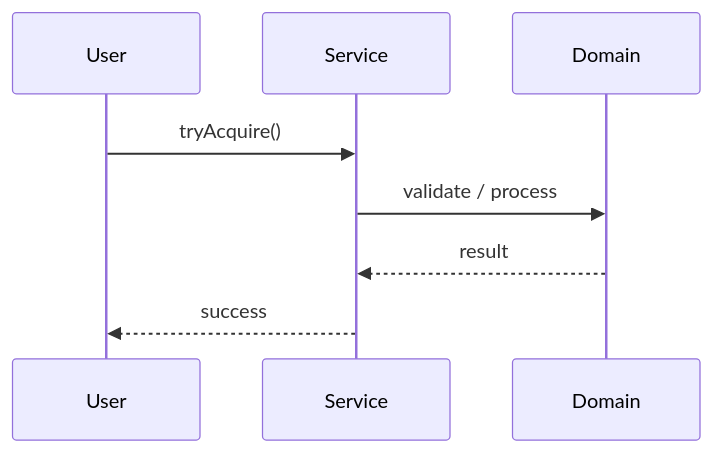
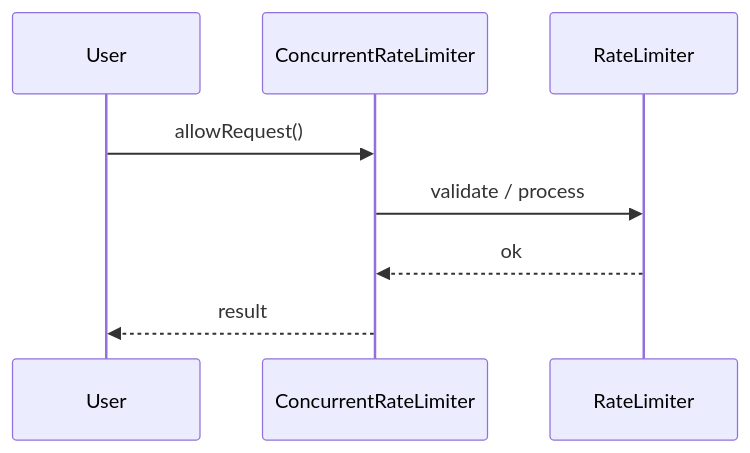
The second of 3 diagrams in Learn/System Design - Low Level Design/04-concurrency-lld/questions/Q08-rate-limiter-concurrent.md (madhupaila/Interview-Prep-SSE), drawn with Mermaid before and after one commit. The commit also changed other lines of this file and 491 other files, not shown here.

````diff
--- a/Learn/System Design - Low Level Design/04-concurrency-lld/questions/Q08-rate-limiter-concurrent.md
+++ b/Learn/System Design - Low Level Design/04-concurrency-lld/questions/Q08-rate-limiter-concurrent.md
@@ -119,10 +146,10 @@
 ```mermaid
 sequenceDiagram
-    participant U as User
-    participant S as Service
-    participant D as Domain
-    U->>S: tryAcquire()
-    S->>D: validate / process
-    D-->>S: result
-    S-->>U: success
+participant U as User
+participant S as ConcurrentRateLimiter
+participant D as RateLimiter
+U->>S: allowRequest()
+S->>D: validate / process
+D-->>S: ok
+S-->>U: result
 ```
````
